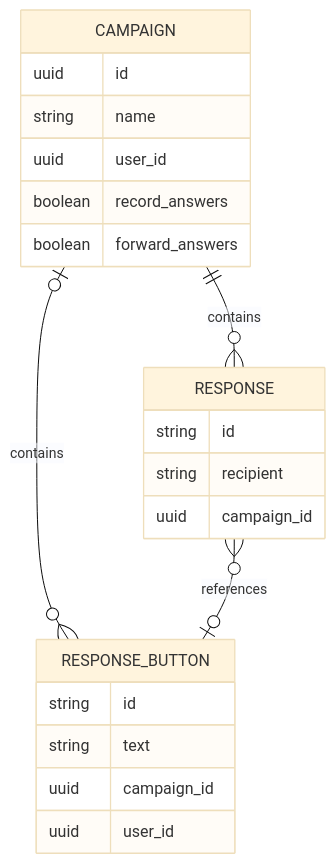
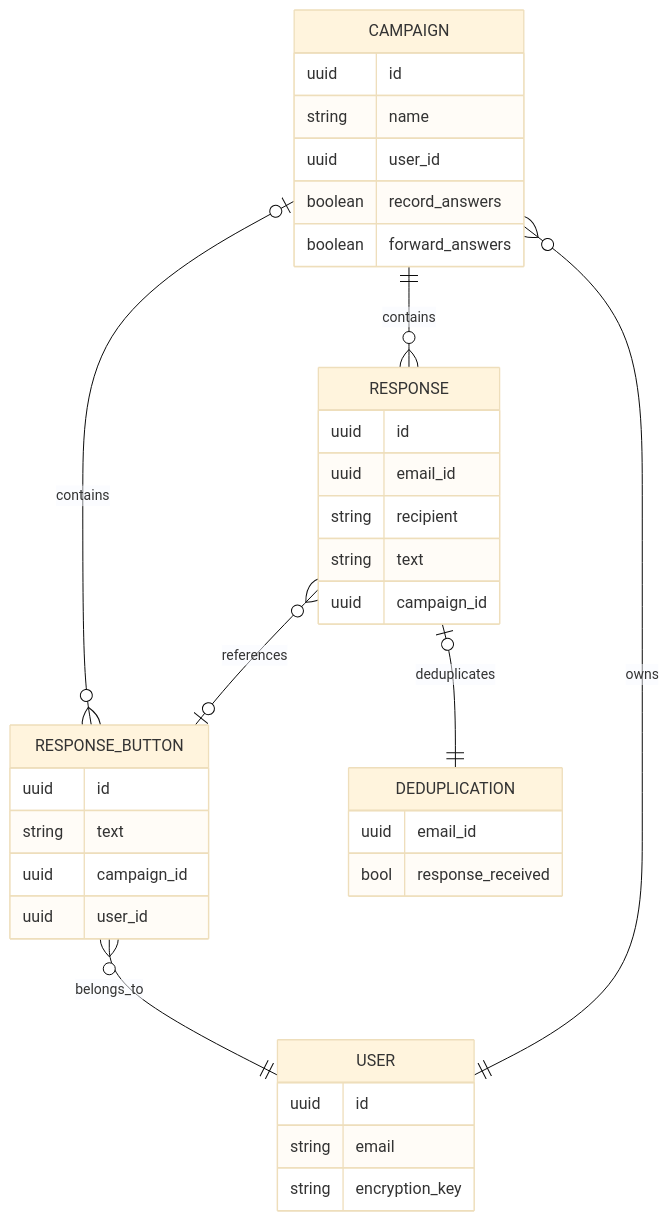
One commit to b4nt0/one-click-response changed the diagram in docs/specs/data-structure.md. Above: the diagram before and after it, drawn with Mermaid (base theme). The commit also changed other lines of this file and 7 other files, not shown here.

````diff
--- a/docs/specs/data-structure.md
+++ b/docs/specs/data-structure.md
@@ -44,24 +58,38 @@
 ```mermaid
 erDiagram
     CAMPAIGN |o--o{ RESPONSE_BUTTON : contains
     CAMPAIGN ||--o{ RESPONSE : contains
     RESPONSE }o--o| RESPONSE_BUTTON : references
+    RESPONSE |o--|| DEDUPLICATION: deduplicates
+    USER ||--o{ CAMPAIGN: owns
+    RESPONSE_BUTTON }o--|| USER: belongs_to
     CAMPAIGN {
         uuid id
         string name
         uuid user_id
         boolean record_answers
         boolean forward_answers
     }
     RESPONSE_BUTTON {
-        string id
+        uuid id
         string text
         uuid campaign_id
         uuid user_id
     }
     RESPONSE {
-        string id
+        uuid id
+        uuid email_id
         string recipient
+        string text
         uuid campaign_id
     }
+    USER {
+        uuid id
+        string email
+        string encryption_key
+    }
+    DEDUPLICATION {
+        uuid email_id
+        bool response_received
+    }
 ```
````
